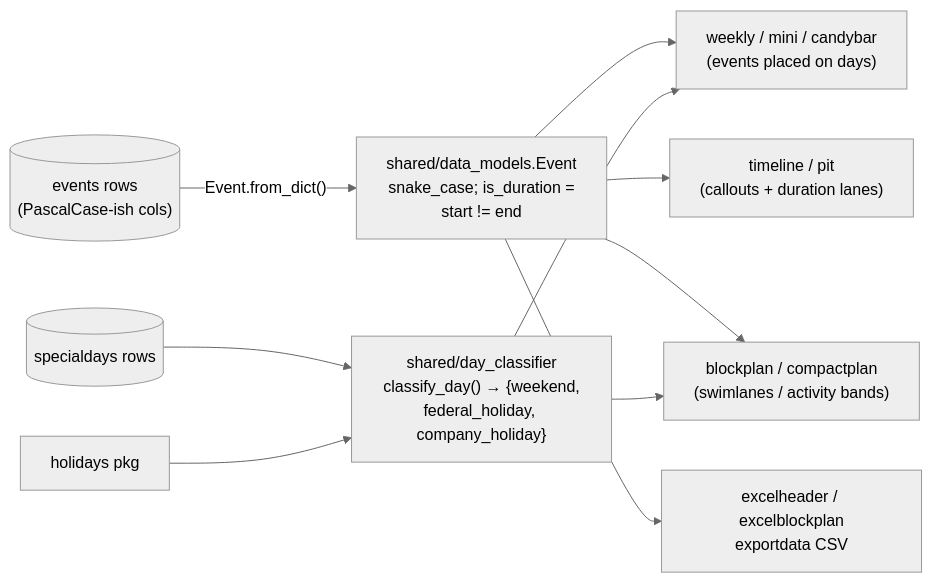
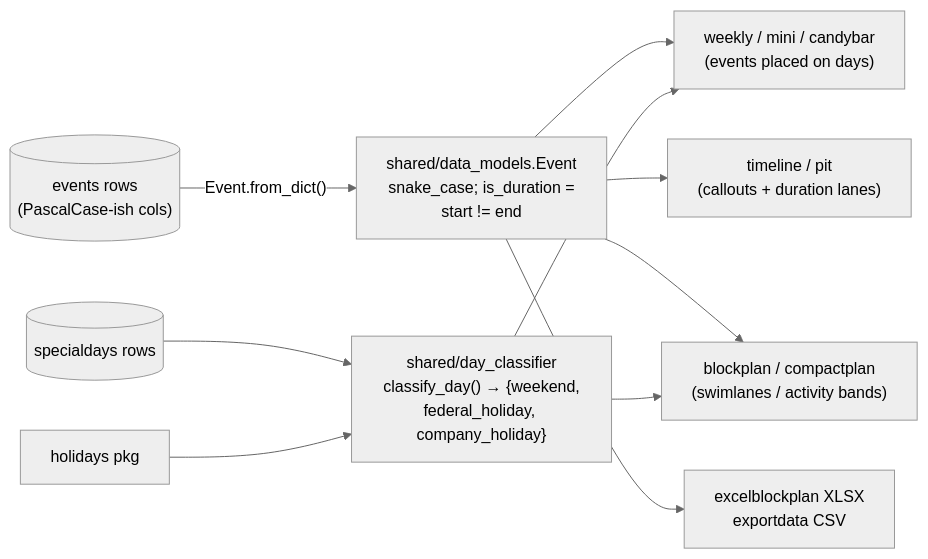
One commit to lee4321/calendarapp- changed the second of 2 diagrams in docs/architecture/data-model.md. Above: the diagram before and after it, drawn with Mermaid (neutral theme). The commit also changed 37 other files, not shown here.

````diff
--- a/docs/architecture/data-model.md
+++ b/docs/architecture/data-model.md
@@ -70,12 +70,12 @@
 ```mermaid
 flowchart LR
     EV[("events rows<br/>(PascalCase-ish cols)")] -->|"Event.from_dict()"| E["shared/data_models.Event<br/>snake_case; is_duration =<br/>start != end"]
     SD[("specialdays rows")] --> CLS["shared/day_classifier<br/>classify_day() → {weekend,<br/>federal_holiday, company_holiday}"]
     PH["holidays pkg"] --> CLS
     E --> W["weekly / mini / candybar<br/>(events placed on days)"]
     E --> T["timeline / pit<br/>(callouts + duration lanes)"]
     E --> B["blockplan / compactplan<br/>(swimlanes / activity bands)"]
-    E --> X["excelheader / excelblockplan<br/>exportdata CSV"]
+    E --> X["excelblockplan XLSX<br/>exportdata CSV"]
     CLS --> W
     CLS --> B
 ```
````
